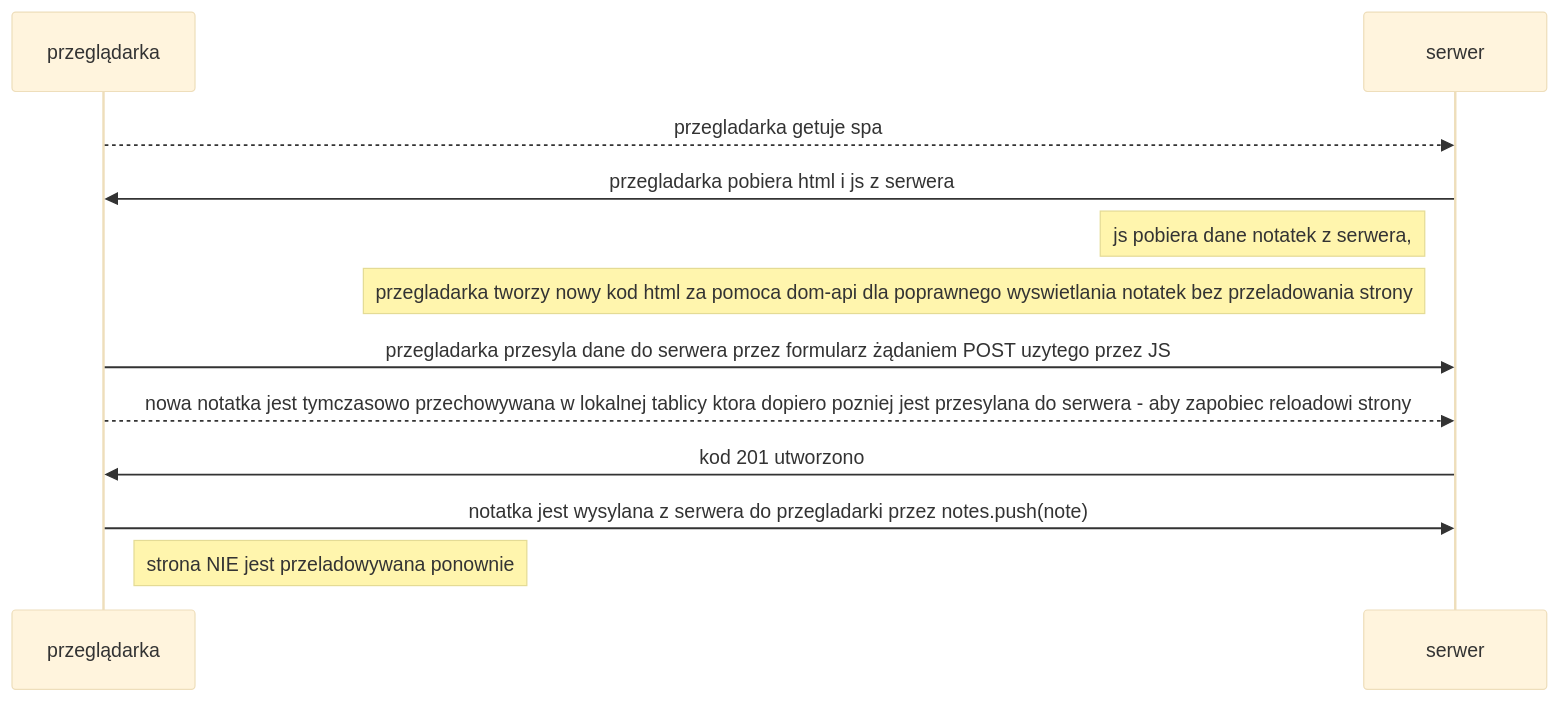
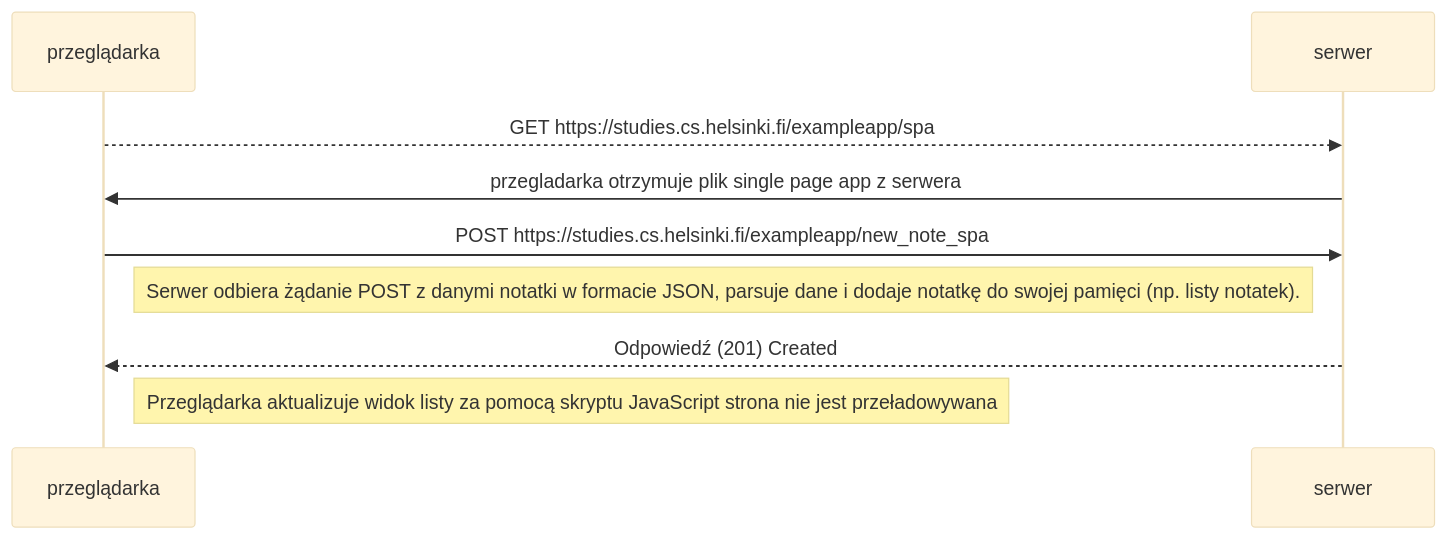
The diagram in Part0/zadanie 0.6/zadanie06moczek.mmd (hfbcgg/fullstackzadania), drawn with Mermaid (base theme) before and after one commit. The commit also changed 2 other files, not shown here.

```diff
--- a/Part0/zadanie 0.6/zadanie06moczek.mmd
+++ b/Part0/zadanie 0.6/zadanie06moczek.mmd
@@ -1,12 +1,9 @@
 sequenceDiagram
 participant przeglądarka
 participant serwer
-przeglądarka-->>serwer:przegladarka getuje spa
-    serwer->>przeglądarka:przegladarka pobiera html i js z serwera
-    note left of serwer:js pobiera dane notatek z serwera, 
-    note left of serwer:przegladarka tworzy nowy kod html za pomoca dom-api dla poprawnego wyswietlania notatek bez przeladowania strony
-    przeglądarka->>serwer:przegladarka przesyla dane do serwera przez formularz żądaniem POST uzytego przez JS
-    przeglądarka-->>serwer:nowa notatka jest tymczasowo przechowywana w lokalnej tablicy ktora dopiero pozniej jest przesylana do serwera - aby zapobiec reloadowi strony
-    serwer->>przeglądarka:kod 201 utworzono
-    przeglądarka->>serwer:notatka jest wysylana z serwera do przegladarki przez notes.push(note)
-    Note right of przeglądarka:strona NIE jest przeladowywana ponownie
+przeglądarka-->>serwer:GET https://studies.cs.helsinki.fi/exampleapp/spa
+    serwer->>przeglądarka:przegladarka otrzymuje plik single page app z serwera
+    przeglądarka ->> serwer: POST https://studies.cs.helsinki.fi/exampleapp/new_note_spa
+    Note left of serwer: Serwer odbiera żądanie POST z danymi notatki w formacie JSON, parsuje dane i dodaje notatkę do swojej pamięci (np. listy notatek).
+    serwer -->> przeglądarka: Odpowiedź (201) Created
+    Note right of przeglądarka: Przeglądarka aktualizuje widok listy za pomocą skryptu JavaScript strona nie jest przeładowywana
```
